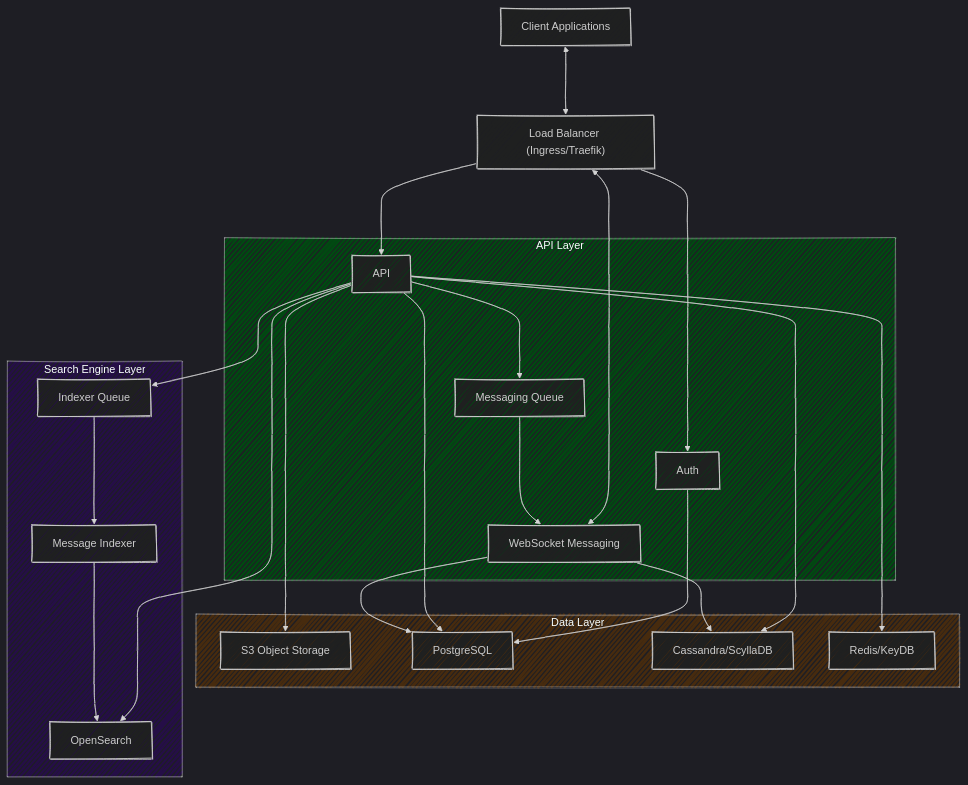
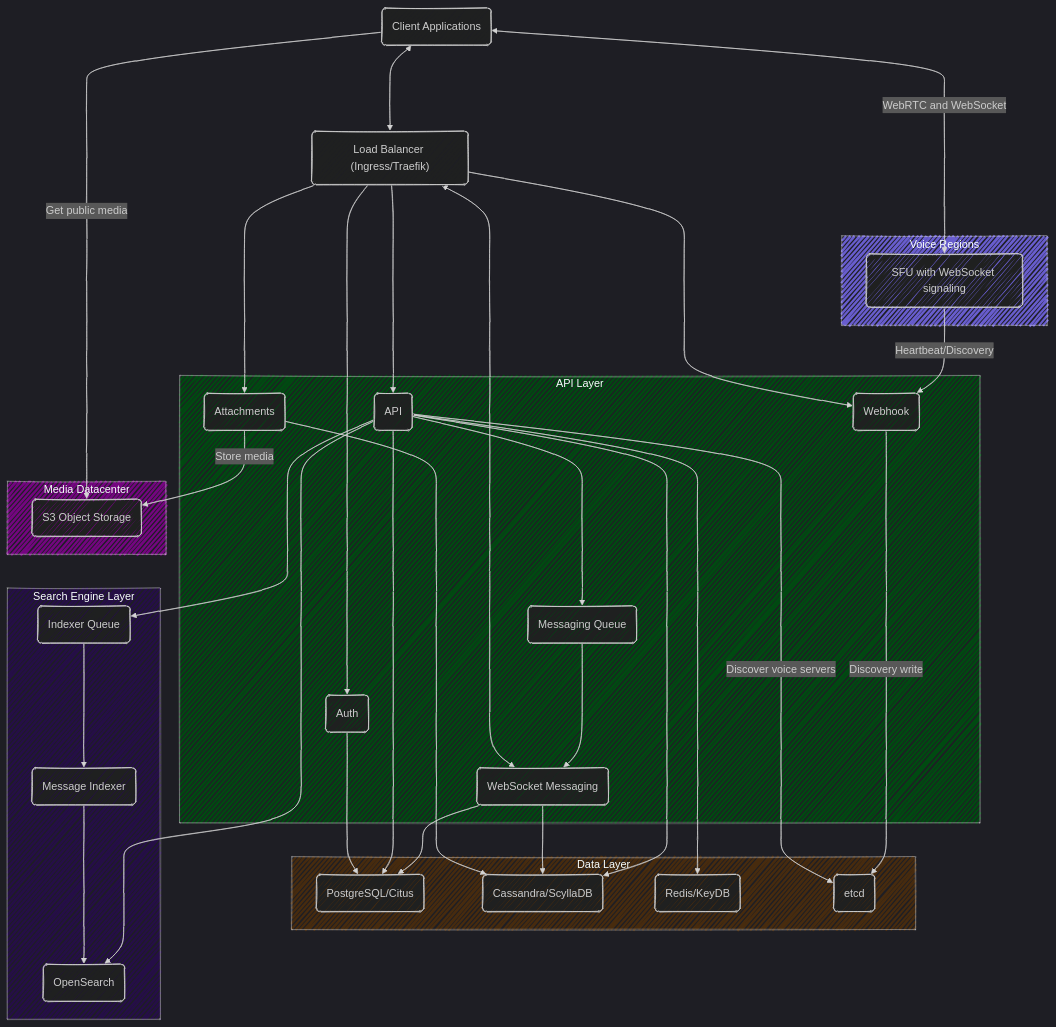
Before and after one commit to FlameInTheDark/gochat: the diagram in docs/project/README.md, drawn with Mermaid. The commit also changed other lines of this file and 104 other files, not shown here.

Commit message:
feat: SFU voice server

````diff
--- a/docs/project/README.md
+++ b/docs/project/README.md
@@ -16,50 +21,69 @@
 ```mermaid
 ---
 config:
     look: handDrawn
     theme: dark
 ---
 flowchart
-    n4["Client Applications"]
-    n13["Load Balancer (Ingress/Traefik)"]
+    n4("Client Applications")
+    n13("Load Balancer (Ingress/Traefik)")
 
-	subgraph s1["API Layer"]
-		n7["Messaging Queue"]
-		n3["WebSocket Messaging"]
-		n2["Auth"]
-		n1["API"]
-	end
-	subgraph s2["Data Layer"]
-		n9["S3 Object Storage"]
-		n8["PostgreSQL"]
-		n6["Cassandra/ScyllaDB"]
-		n5["Redis/KeyDB"]
-	end
+    subgraph s1["API Layer"]
+        n7("Messaging Queue")
+        n3("WebSocket Messaging")
+        n2("Auth")
+        n1("API")
+        n14("Attachments")
+        n17("Webhook")
+    end
+    subgraph s2["Data Layer"]
+        n8("PostgreSQL/Citus")
+        n6("Cassandra/ScyllaDB")
+        n5("Redis/KeyDB")
+        n16("etcd")
+    end
     subgraph s3["Search Engine Layer"]
-		n12["OpenSearch"]
-		n11["Message Indexer"]
-		n10["Indexer Queue"]
-	end
+        n12("OpenSearch")
+        n11("Message Indexer")
+        n10("Indexer Queue")
+    end
+    subgraph s4["Voice Regions"]
+        n15("SFU with WebSocket signaling")
+    end
+    subgraph s5["Media Datacenter"]
+        n9("S3 Object Storage")
+    end
 
-	n1 ---> n7
-	n7 ---> n3
-	n3 --> n8
-	n3 --> n6
-	n1 --> n9
-	n1 --> n8
-	n1 --> n6
-	n1 --> n5
-	n1 ---> n10
-	n10 ---> n11
-	n11 ---> n12
-	n1 ---> n12
-	n2 ---> n8
-	n4 <---> n13
-	n13 ---> n1
-	n13 ---> n2
-	n13 <--> n3
 
-	style s2 fill:#472b0e
-	style s3 fill:#250e47
+    n1 ---> n7
+    n7 ---> n3
+    n3 --> n8
+    n1 --> n6
+    n3 --> n6
+    n1 --> n8
+    n1 --> n5
+    n1 ---> n10
+    n10 ---> n11
+    n1 ---> n12
+    n11 ---> n12
+    n2 ---> n8
+    n4 <---> n13
+    n13 ---> n1
+    n13 ---> n2
+    n13 <--> n3
+    n13 ---> n14
+    n14 -- "Store media" --> n9
+    n14 ---> n6
+    n4 <-- "WebRTC and WebSocket" --> n15
+    n15 -- "Heartbeat/Discovery" --> n17
+    n13 ---> n17
+    n17 -- "Discovery write" --> n16
+    n1 -- "Discover voice servers" --> n16
+    n4 -- "Get public media" --> n9
+
     style s1 fill:#004a11
+    style s2 fill:#472b0e
+    style s3 fill:#250e47
+    style s4 fill:#685dce
+    style s5 fill:#740580
 ```
````
